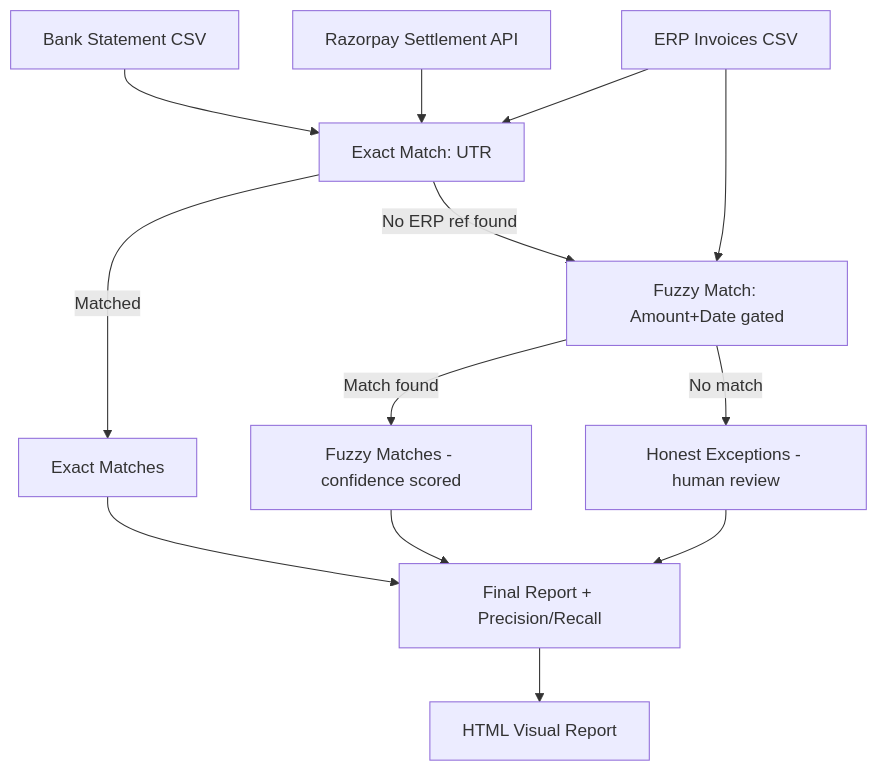
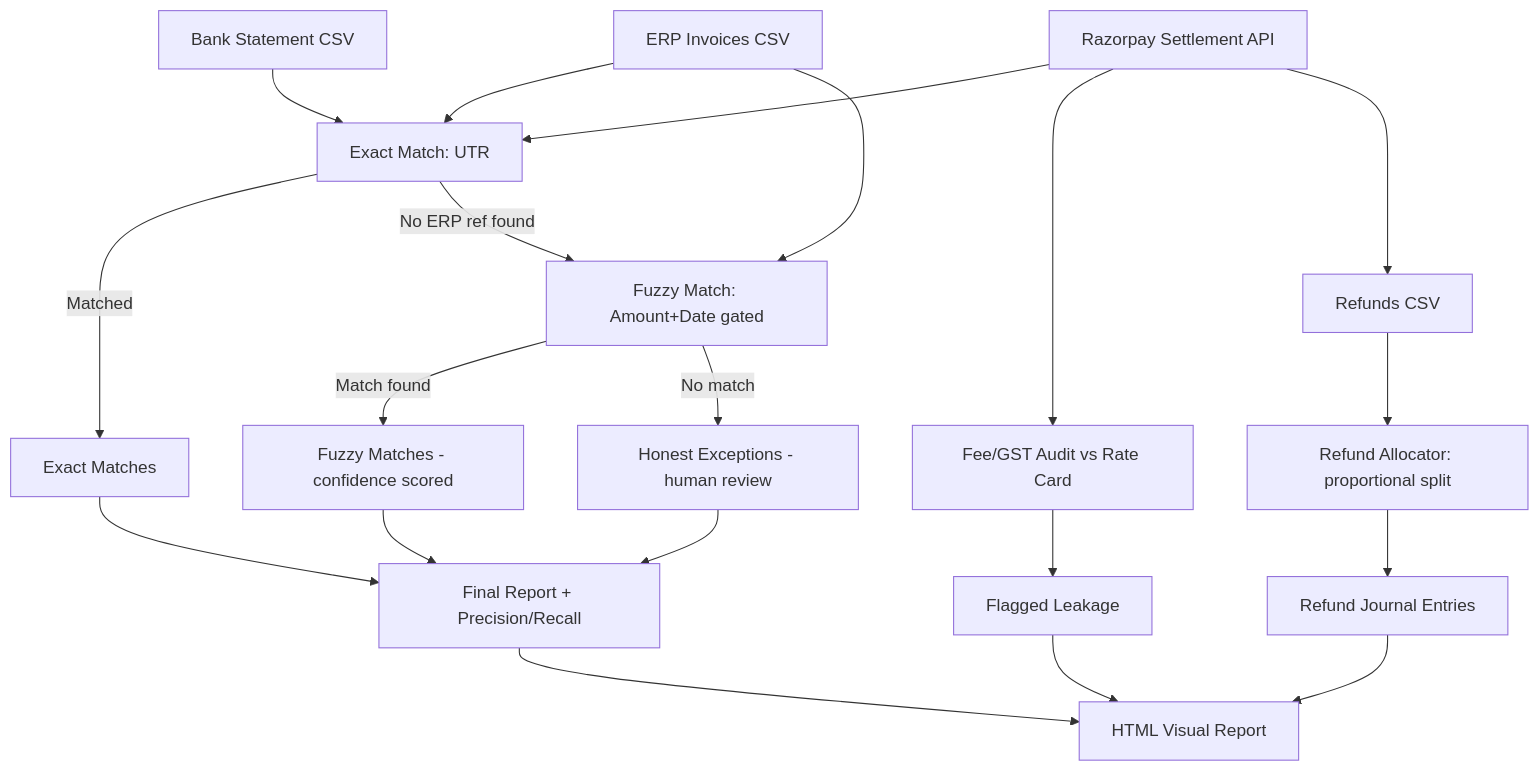
The diagram in README.md (SmitKapadia13/razorpay-recon-ai), drawn with Mermaid before and after one commit. The commit also changed other lines of this file and 22 other files, not shown here.

First line of the commit message:
Add PS2 fee/GST audit and PS3 refund allocator, complete 3-loop pipeline

````diff
--- a/README.md
+++ b/README.md
@@ -17,15 +25,22 @@
 ```mermaid
 graph TD
     A[Bank Statement CSV] --> D[Exact Match: UTR]
     B[Razorpay Settlement API] --> D
     C[ERP Invoices CSV] --> D
     D -->|Matched| G[Exact Matches]
     D -->|No ERP ref found| E[Fuzzy Match: Amount+Date gated]
     C --> E
     E -->|Match found| F[Fuzzy Matches - confidence scored]
     E -->|No match| H[Honest Exceptions - human review]
     G --> I[Final Report + Precision/Recall]
     F --> I
     H --> I
+    B --> K[Fee/GST Audit vs Rate Card]
+    K --> L[Flagged Leakage]
+    B --> M[Refunds CSV]
+    M --> N[Refund Allocator: proportional split]
+    N --> O[Refund Journal Entries]
     I --> J[HTML Visual Report]
+    L --> J
+    O --> J
 ```
````
